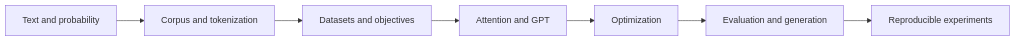
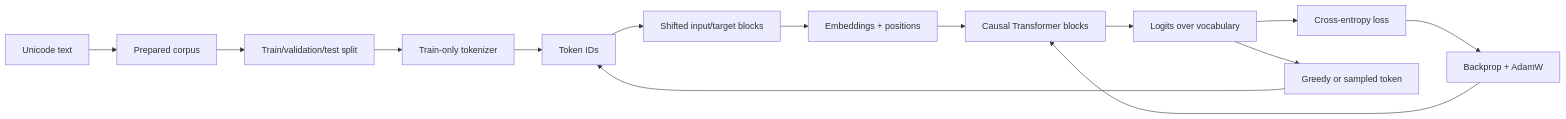
Before and after one commit to almondsun/smallm: the diagram in notes/README.md, drawn with Mermaid. The commit also changed other lines of this file and 36 other files, not shown here.

````diff
--- a/notes/README.md
+++ b/notes/README.md
@@ -8,9 +54,16 @@
 ```mermaid
 flowchart LR
-    A[Text and probability] --> B[Corpus and tokenization]
-    B --> C[Datasets and objectives]
-    C --> D[Attention and GPT]
-    D --> E[Optimization]
-    E --> F[Evaluation and generation]
-    F --> G[Reproducible experiments]
+    A[Unicode text] --> B[Prepared corpus]
+    B --> C[Train/validation/test split]
+    C --> D[Train-only tokenizer]
+    D --> E[Token IDs]
+    E --> F[Shifted input/target blocks]
+    F --> G[Embeddings + positions]
+    G --> H[Causal Transformer blocks]
+    H --> I[Logits over vocabulary]
+    I --> J[Cross-entropy loss]
+    J --> K[Backprop + AdamW]
+    K --> H
+    I --> L[Greedy or sampled token]
+    L --> E
 ```
````
